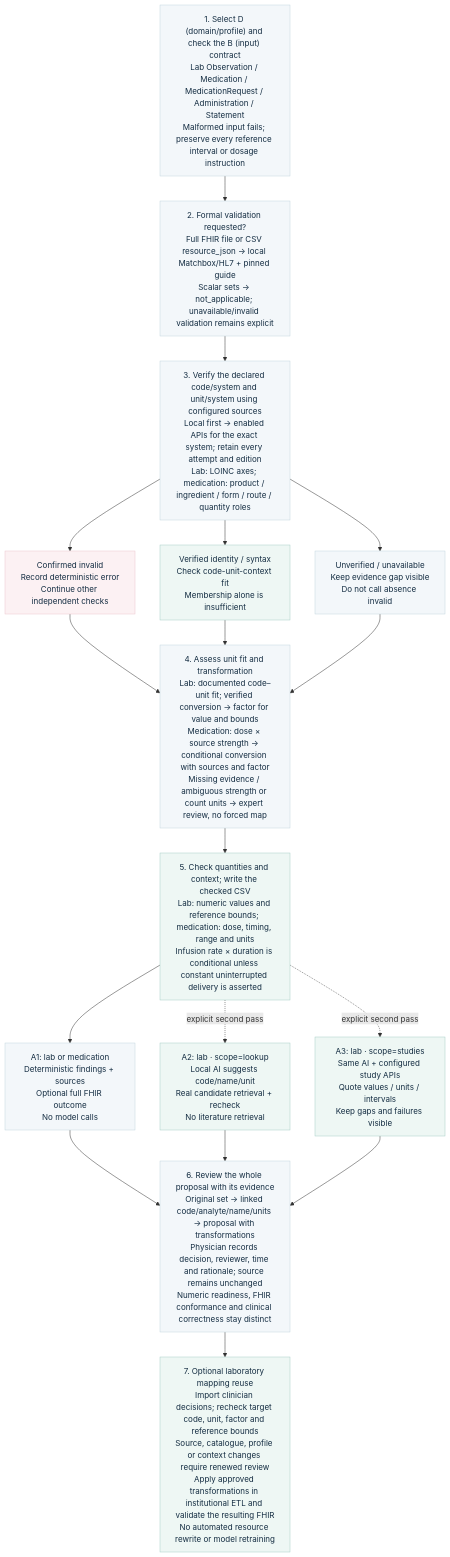
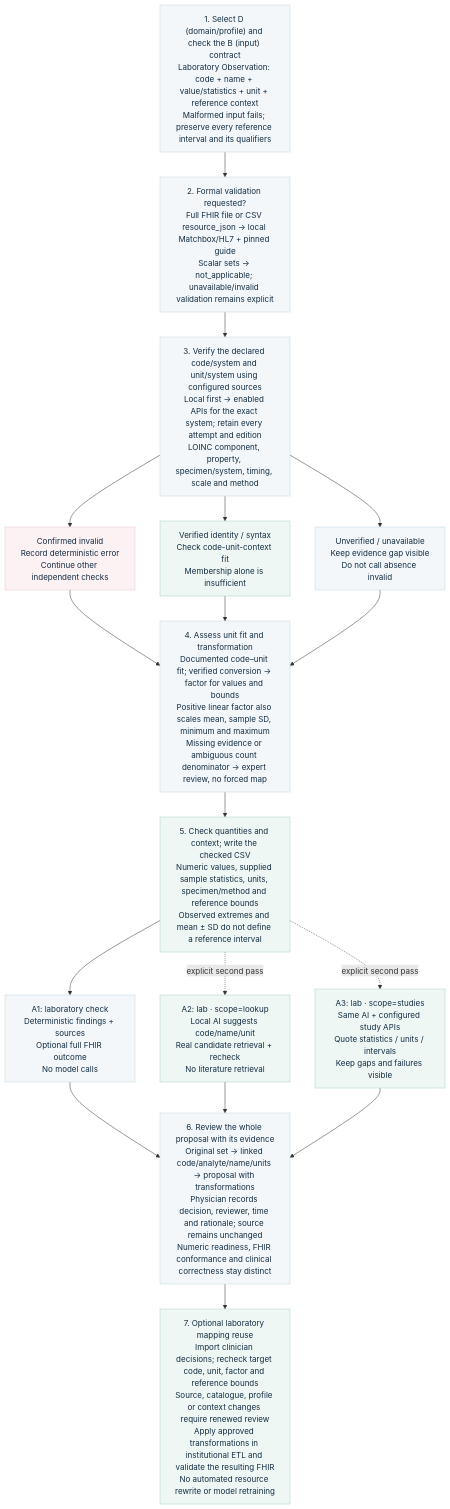
Before and after one commit to neumdan/semantic-plausibility: the diagram in docs/decision-flow.mmd, drawn with Mermaid. The commit also changed 66 other files, not shown here.

Commit message:
Improve laboratory workflow, evidence reports and documentation

```diff
--- a/docs/decision-flow.mmd
+++ b/docs/decision-flow.mmd
@@ -1,37 +1,37 @@
 %% Same node/edge contract as decision-flow.svg.
 flowchart TD
-    CONTRACT["1. Select D (domain/profile) and check the B (input) contract<br/>Lab Observation / Medication / MedicationRequest / Administration / Statement<br/>Malformed input fails; preserve every reference interval or dosage instruction"]
+    CONTRACT["1. Select D (domain/profile) and check the B (input) contract<br/>Laboratory Observation: code + name + value/statistics + unit + reference context<br/>Malformed input fails; preserve every reference interval and its qualifiers"]
     VALIDATION["2. Formal validation requested?<br/>Full FHIR file or CSV resource_json → local Matchbox/HL7 + pinned guide<br/>Scalar sets → not_applicable; unavailable/invalid validation remains explicit"]
-    LOOKUP["3. Verify the declared code/system and unit/system using configured sources<br/>Local first → enabled APIs for the exact system; retain every attempt and edition<br/>Lab: LOINC axes; medication: product / ingredient / form / route / quantity roles"]
+    LOOKUP["3. Verify the declared code/system and unit/system using configured sources<br/>Local first → enabled APIs for the exact system; retain every attempt and edition<br/>LOINC component, property, specimen/system, timing, scale and method"]
     INVALID["Confirmed invalid<br/>Record deterministic error<br/>Continue other independent checks"]
     VERIFIED["Verified identity / syntax<br/>Check code-unit-context fit<br/>Membership alone is insufficient"]
     UNKNOWN["Unverified / unavailable<br/>Keep evidence gap visible<br/>Do not call absence invalid"]
-    FIT["4. Assess unit fit and transformation<br/>Lab: documented code–unit fit; verified conversion → factor for value and bounds<br/>Medication: dose × source strength → conditional conversion with sources and factor<br/>Missing evidence / ambiguous strength or count units → expert review, no forced map"]
-    NUMERIC["5. Check quantities and context; write the checked CSV<br/>Lab: numeric values and reference bounds; medication: dose, timing, range and units<br/>Infusion rate × duration is conditional unless constant uninterrupted delivery is asserted"]
-    NO_AI["A1: lab or medication<br/>Deterministic findings + sources<br/>Optional full FHIR outcome<br/>No model calls"]
+    FIT["4. Assess unit fit and transformation<br/>Documented code–unit fit; verified conversion → factor for values and bounds<br/>Positive linear factor also scales mean, sample SD, minimum and maximum<br/>Missing evidence or ambiguous count denominator → expert review, no forced map"]
+    NUMERIC["5. Check quantities and context; write the checked CSV<br/>Numeric values, supplied sample statistics, units, specimen/method and reference bounds<br/>Observed extremes and mean ± SD do not define a reference interval"]
+    NO_AI["A1: laboratory check<br/>Deterministic findings + sources<br/>Optional full FHIR outcome<br/>No model calls"]
     AI["A2: lab · scope=lookup<br/>Local AI suggests code/name/unit<br/>Real candidate retrieval + recheck<br/>No literature retrieval"]
-    EVIDENCE["A3: lab · scope=studies<br/>Same AI + configured study APIs<br/>Quote values / units / intervals<br/>Keep gaps and failures visible"]
+    EVIDENCE["A3: lab · scope=studies<br/>Same AI + configured study APIs<br/>Quote statistics / units / intervals<br/>Keep gaps and failures visible"]
     REVIEW["6. Review the whole proposal with its evidence<br/>Original set → linked code/analyte/name/units → proposal with transformations<br/>Physician records decision, reviewer, time and rationale; source remains unchanged<br/>Numeric readiness, FHIR conformance and clinical correctness stay distinct"]
     REUSE["7. Optional laboratory mapping reuse<br/>Import clinician decisions; recheck target code, unit, factor and reference bounds<br/>Source, catalogue, profile or context changes require renewed review<br/>Apply approved transformations in institutional ETL and validate the resulting FHIR<br/>No automated resource rewrite or model retraining"]
     CONTRACT --> VALIDATION
     VALIDATION --> LOOKUP
     LOOKUP --> INVALID
     LOOKUP --> VERIFIED
     LOOKUP --> UNKNOWN
     INVALID --> FIT
     VERIFIED --> FIT
     UNKNOWN --> FIT
     FIT --> NUMERIC
     NUMERIC --> NO_AI
     NUMERIC -.-> |"explicit second pass"| AI
     NUMERIC -.-> |"explicit second pass"| EVIDENCE
     NO_AI --> REVIEW
     AI --> REVIEW
     EVIDENCE --> REVIEW
     REVIEW --> REUSE
     classDef normal fill:#f3f7fa,stroke:#c4d5df,color:#142d42
     class CONTRACT,VALIDATION,LOOKUP,UNKNOWN,FIT,NO_AI,REVIEW normal
     classDef teal fill:#eef7f4,stroke:#a8cfc6,color:#142d42
     class VERIFIED,NUMERIC,AI,EVIDENCE,REUSE teal
     classDef error fill:#fcf1f3,stroke:#ecc7cf,color:#142d42
     class INVALID error
```
